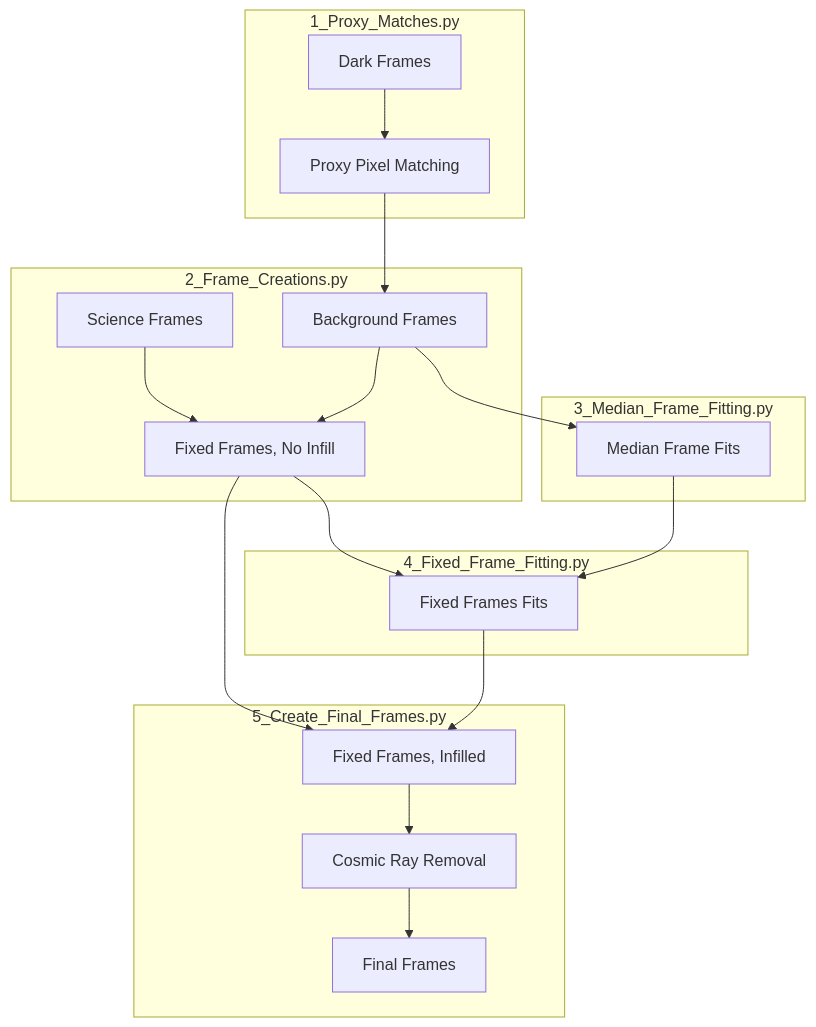
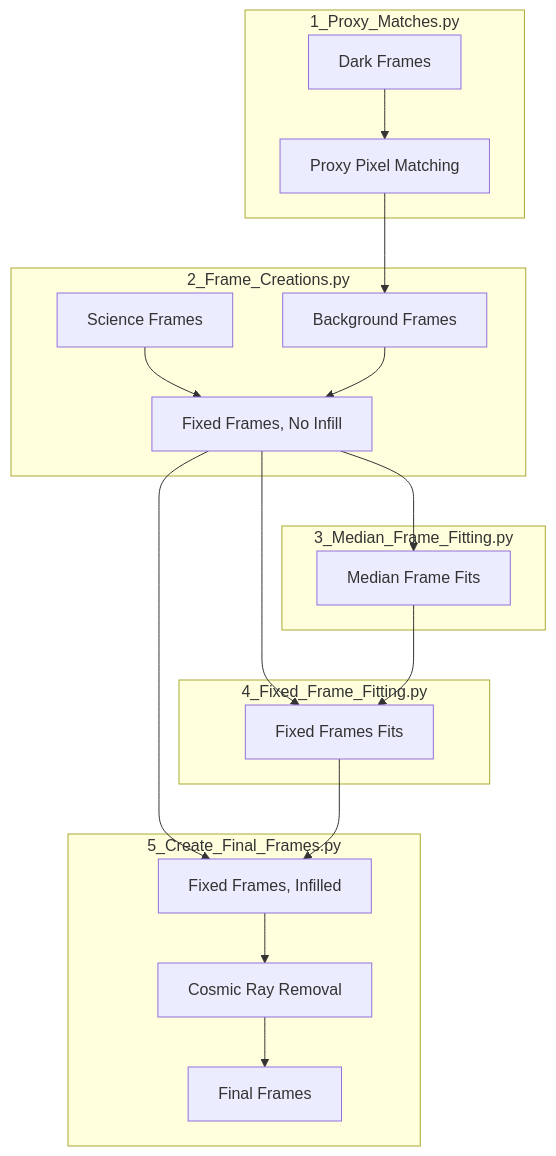
Before and after one commit to sees9730/CUTE-CubeSat-Proxy-Pixel-Pipeline: the diagram in README.md, drawn with Mermaid.

````diff
--- a/README.md
+++ b/README.md
@@ -57,21 +57,21 @@
 ```mermaid
 flowchart TD;
     subgraph 1_Proxy_Matches.py
     A[Dark Frames] --> B[Proxy Pixel Matching];
     end
     subgraph 2_Frame_Creations.py
     B --> C[Background Frames];
-     D[Science Frames] & C --> E[Fixed Frames, No Infill];
+    D[Science Frames] & C --> E[Fixed Frames, No Infill];
     end
     subgraph 3_Median_Frame_Fitting.py
-    C --> F[Median Frame Fits]
+    E --> F[Median Frame Fits]
     end
     subgraph 4_Fixed_Frame_Fitting.py
     E & F --> G[Fixed Frames Fits];
     end
     E & G --> H[Fixed Frames, Infilled];
     subgraph 5_Create_Final_Frames.py
     H --> I[Cosmic Ray Removal]
     I --> J[Final Frames];
     end
 ```
````
